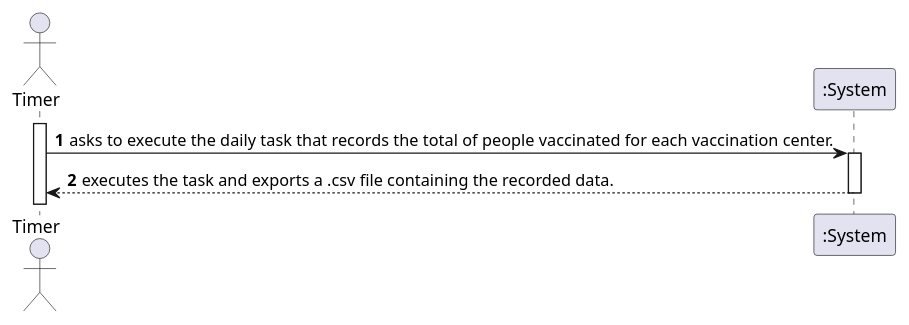
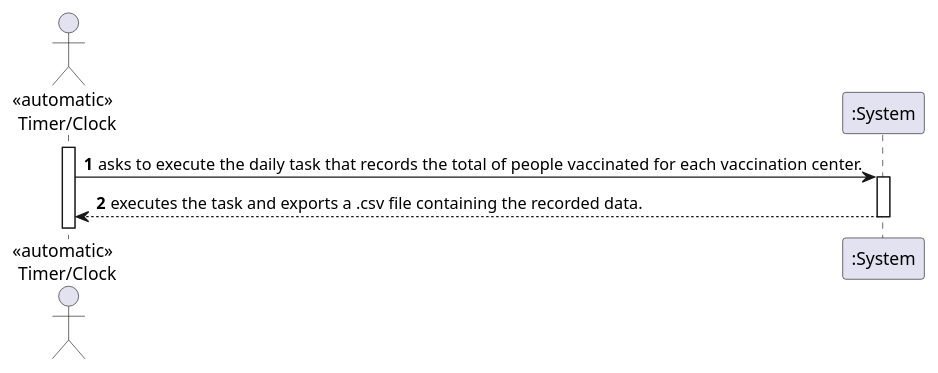
The diagram in docs/SprintD/US006/US006_SSD.puml (Pirussa/lei-22-s2-1da-g02), drawn with PlantUML before and after one commit. The commit also changed 8 other files, not shown here.

Commit message:
US006 - Documentation - Diagrams - Design - Updates in pretty much every diagram, and some on the written documentation.

```diff
--- a/docs/SprintD/US006/US006_SSD.puml
+++ b/docs/SprintD/US006/US006_SSD.puml
@@ -1,11 +1,12 @@
 @startuml
 autonumber
-actor "Timer" as T
+
+actor "<<automatic>> \n Timer/Clock" as T
 
 activate T
 T -> ":System" : asks to execute the daily task that records the total of people vaccinated for each vaccination center.
 activate ":System"
 ":System" --> T : executes the task and exports a .csv file containing the recorded data.
 deactivate ":System"
 
 @enduml
```
